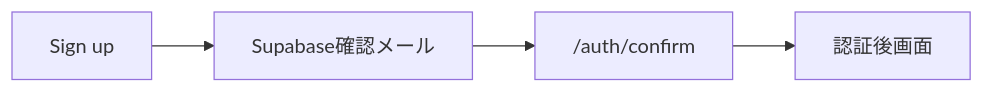
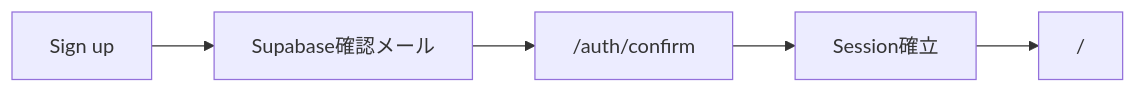
Before and after one commit to k-systems202208/nextjs-supabase-vercel-webapp-template: the third of 4 diagrams in docs/SUPABASE-SETUP.md, drawn with Mermaid. The commit also changed other lines of this file and 8 other files, not shown here.

````diff
--- a/docs/SUPABASE-SETUP.md
+++ b/docs/SUPABASE-SETUP.md
@@ -186,6 +179,7 @@
 ```mermaid
 flowchart LR
-    A["Sign up"] --> B["Supabase確認メール"]
-    B --> C["/auth/confirm"]
-    C --> D["認証後画面"]
+    S["Sign up"] --> M["Supabase確認メール"]
+    M --> C["/auth/confirm"]
+    C --> A["Session確立"]
+    A --> H["/"]
 ```
````
